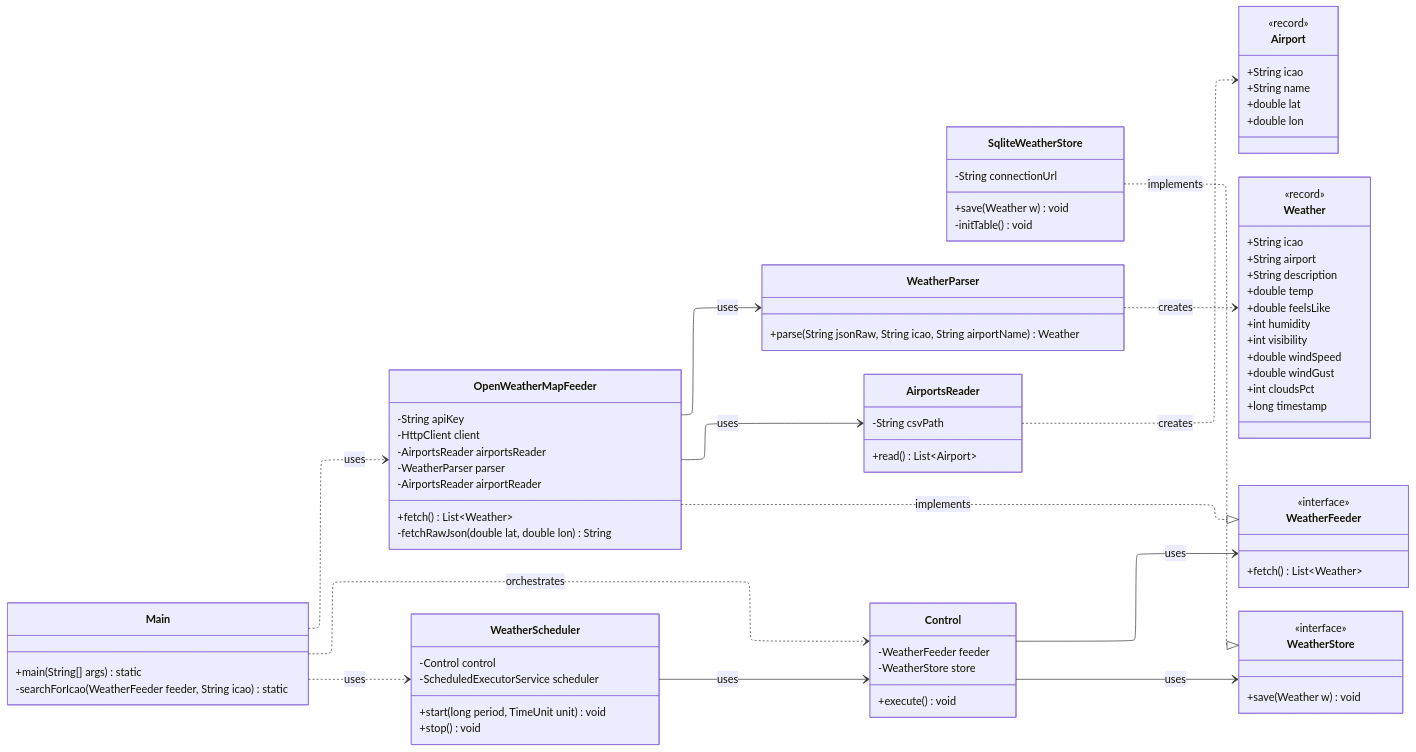
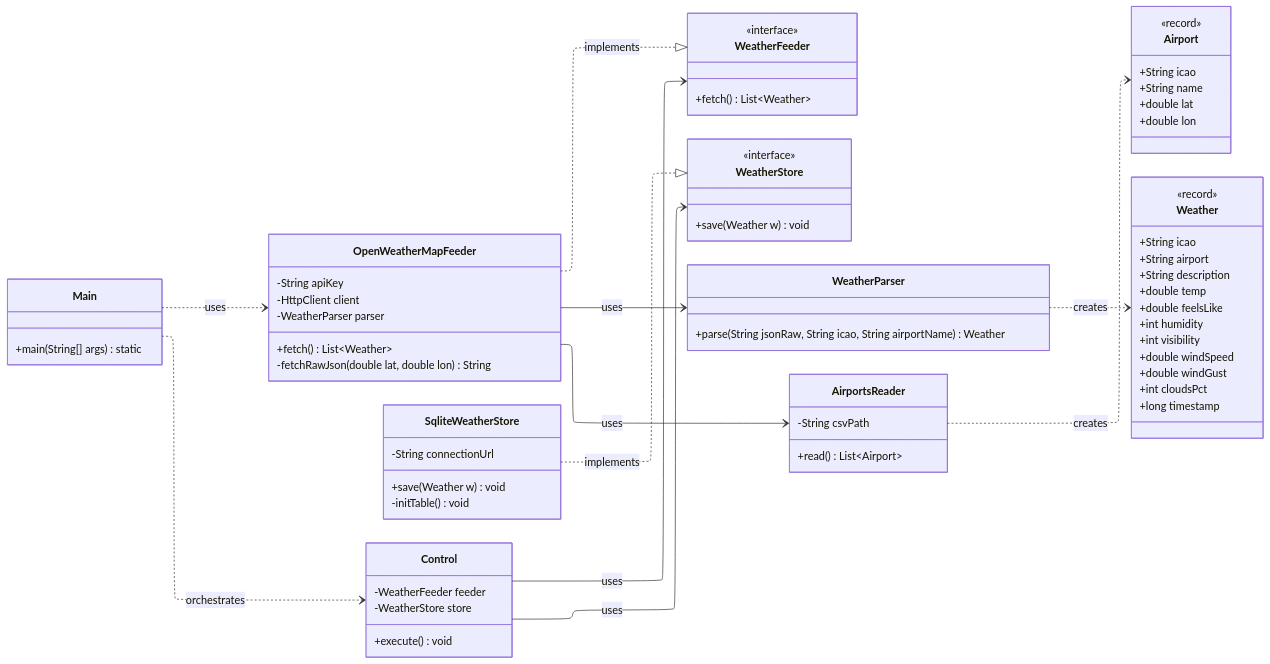
The third of 3 diagrams in readme.md (NoVibesJustCode/sky-delay-forecast), drawn with Mermaid before and after one commit.

Commit message:
docs: update class diagram (delete WeatherScheduler)

`````diff
--- a/readme.md
+++ b/readme.md
@@ -183,9 +183,7 @@
     class OpenWeatherMapFeeder {
         -String apiKey
         -HttpClient client
-        -AirportsReader airportsReader
         -WeatherParser parser
-        -AirportsReader airportReader
         +fetch() List~Weather~
         -fetchRawJson(double lat, double lon) String
     }
@@ -211,16 +209,9 @@
         +execute() void
     }
 
-    class WeatherScheduler {
-        -Control control
-        -ScheduledExecutorService scheduler
-        +start(long period, TimeUnit unit) void
-        +stop() void
-    }
 
     class Main {
         +main(String[] args) static
-        -searchForIcao(WeatherFeeder feeder, String icao) static
     }
 
     <<record>> Airport
@@ -233,7 +224,6 @@
     
     Control --> WeatherFeeder : uses
     Control --> WeatherStore : uses
-    WeatherScheduler --> Control : uses
     
     OpenWeatherMapFeeder --> AirportsReader : uses
     OpenWeatherMapFeeder --> WeatherParser : uses
@@ -242,6 +232,5 @@
     WeatherParser ..> Weather : creates
     
     Main ..> Control : orchestrates
-    Main ..> WeatherScheduler : uses
     Main ..> OpenWeatherMapFeeder : uses
 ````
`````
